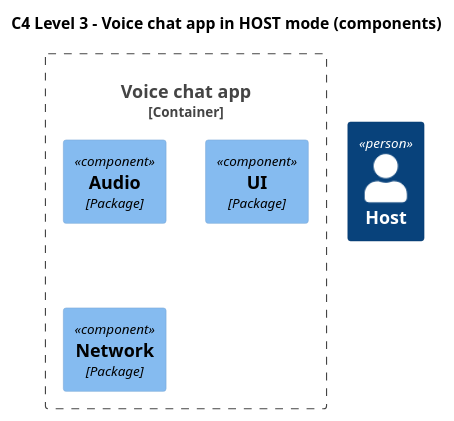
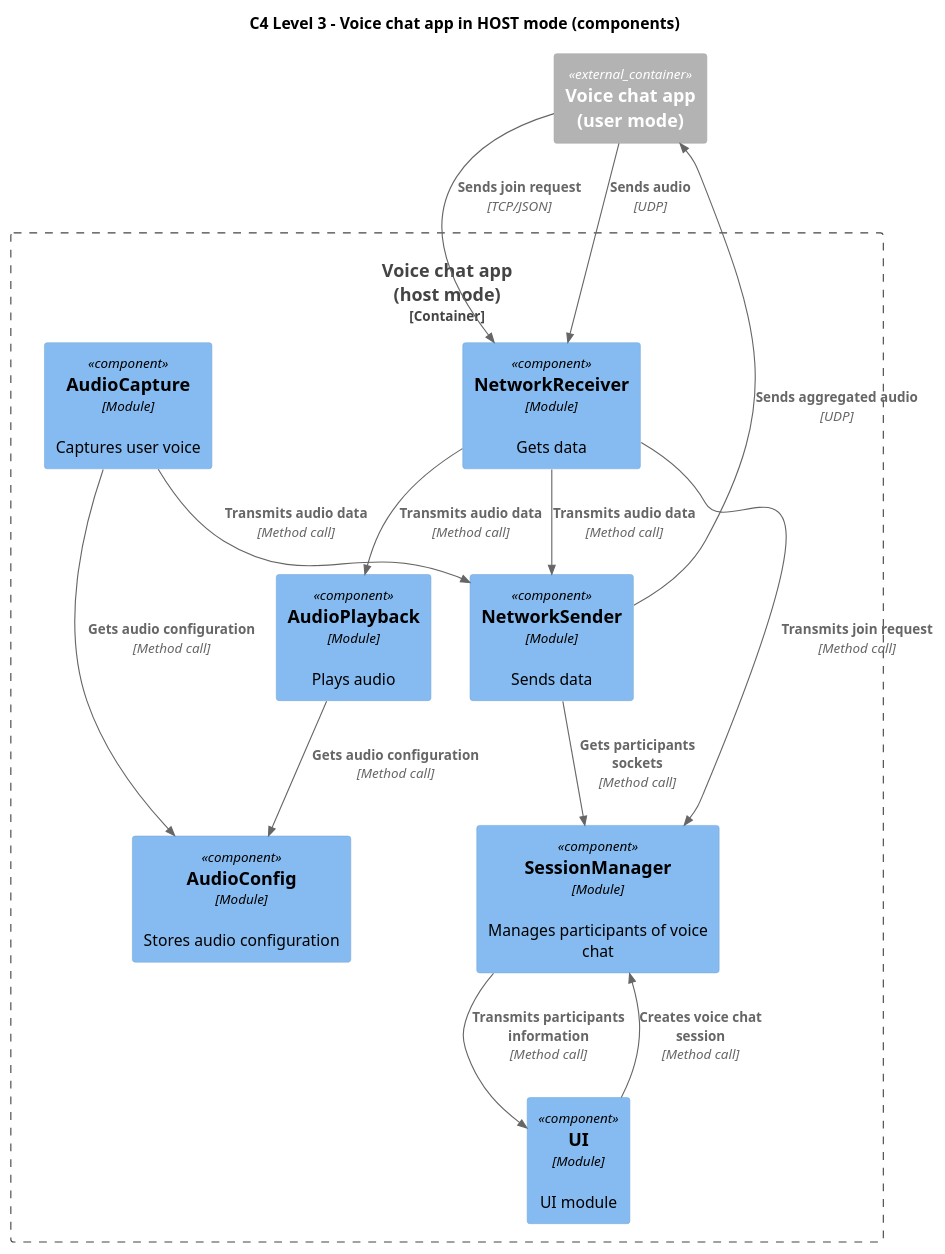
One commit to fedverdev/Ibidem changed the diagram in docs/Voice_chat_app_component_HOST.puml. Above: the diagram before and after it, drawn with PlantUML.

```diff
--- a/docs/Voice_chat_app_component_HOST.puml
+++ b/docs/Voice_chat_app_component_HOST.puml
@@ -1,14 +1,31 @@
 @startuml
 !include <C4/C4_Component>
 
 title C4 Level 3 - Voice chat app in HOST mode (components)
 
-Person(host, "Host")
+Container_Ext(vcaUser, "Voice chat app\n(user mode)")
 
-Container_Boundary(vca, "Voice chat app") {
-    Component(audio, "Audio", "Package")
-    Component(ui, "UI", "Package")
-    Component(network, "Network", "Package")
+Container_Boundary(vca, "Voice chat app\n(host mode)") {
+    Component(audioCapture, "AudioCapture", "Module", "Captures user voice")
+    Component(networkSender, "NetworkSender", "Module", "Sends data")
+    Component(networkReceiver, "NetworkReceiver", "Module", "Gets data")
+    Component(sessionManager, "SessionManager", "Module", "Manages participants of voice chat")
+    Component(audioPlayback, "AudioPlayback", "Module", "Plays audio")
+    Component(audioConfig, "AudioConfig", "Module", "Stores audio configuration")
+    Component(ui, "UI", "Module", "UI module")
 }
 
+Rel(vcaUser, networkReceiver, "Sends join request", "TCP/JSON")
+Rel(networkReceiver, sessionManager, "Transmits join request", "Method call")
+Rel(vcaUser, networkReceiver, "Sends audio", "UDP")
+Rel(networkReceiver, audioPlayback, "Transmits audio data", "Method call")
+Rel(networkReceiver, networkSender, "Transmits audio data", "Method call")
+Rel(networkSender, sessionManager, "Gets participants sockets", "Method call")
+Rel(audioCapture, networkSender, "Transmits audio data", "Method call")
+Rel(audioCapture, audioConfig, "Gets audio configuration", "Method call")
+Rel(audioPlayback, audioConfig, "Gets audio configuration", "Method call")
+Rel(ui, sessionManager, "Creates voice chat session", "Method call")
+Rel(sessionManager, ui, "Transmits participants information", "Method call")
+Rel(networkSender, vcaUser, "Sends aggregated audio", "UDP")
+
 @enduml
```
